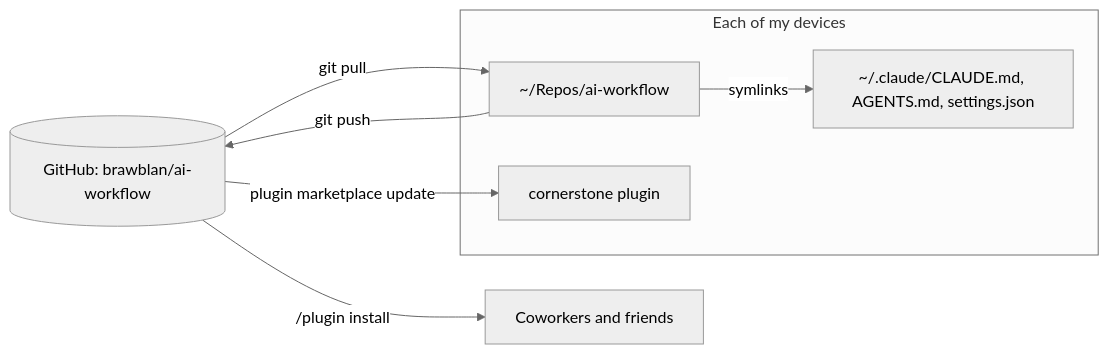
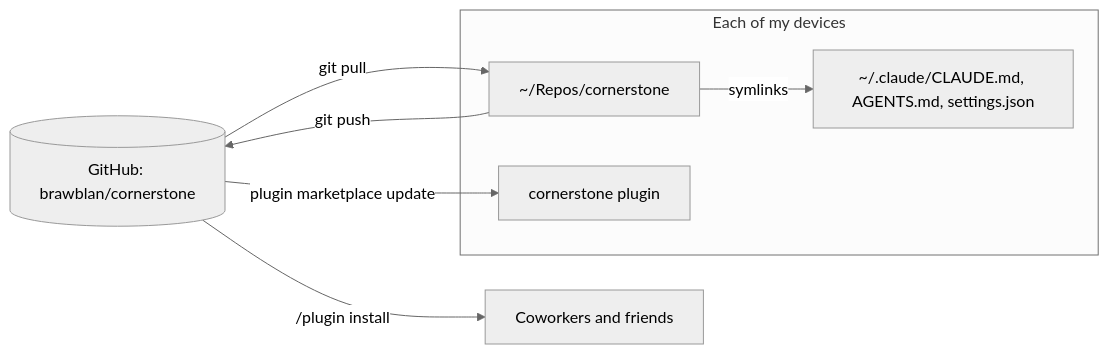
Before and after one commit to brawblan/ai-workflow: the diagram in global/README.md, drawn with Mermaid (neutral theme). The commit also changed other lines of this file and 27 other files, not shown here.

First line of the commit message:
chore(repo): rename ai-workflow to cornerstone in docs and code

````diff
--- a/global/README.md
+++ b/global/README.md
@@ -14,12 +14,12 @@
 ```mermaid
 flowchart LR
-  GH[(GitHub: brawblan/ai-workflow)]
+  GH[(GitHub: brawblan/cornerstone)]
   subgraph Device[Each of my devices]
-    Clone[~/Repos/ai-workflow] -- symlinks --> Cfg[~/.claude/CLAUDE.md, AGENTS.md, settings.json]
+    Clone[~/Repos/cornerstone] -- symlinks --> Cfg[~/.claude/CLAUDE.md, AGENTS.md, settings.json]
     Plugin[cornerstone plugin]
   end
   Clone -- git push --> GH
   GH -- git pull --> Clone
   GH -- plugin marketplace update --> Plugin
   GH -- /plugin install --> Others[Coworkers and friends]
 ```
````
